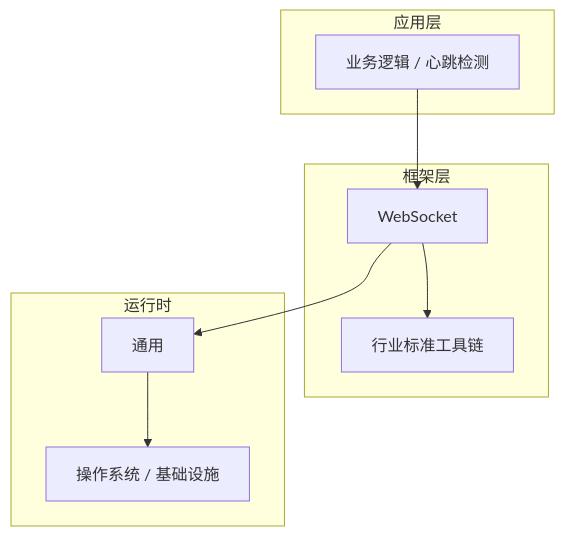
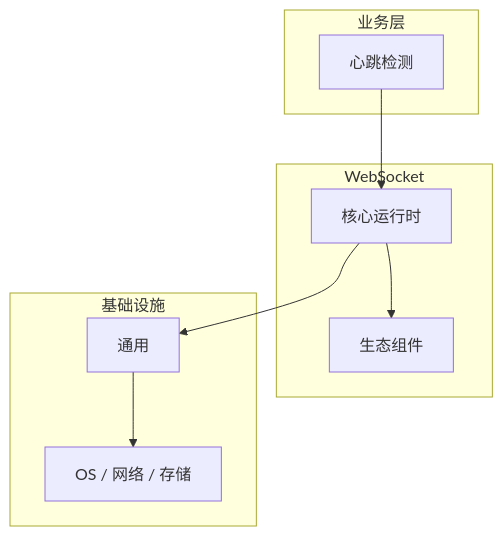
The diagram in articles/WebSocket/chapters/026-心跳检测核心概念与原理.md (yanggan2015/knowledge-json-v2), drawn with Mermaid before and after one commit. The commit also changed other lines of this file and 10127 other files, not shown here.

````diff
--- a/articles/WebSocket/chapters/026-心跳检测核心概念与原理.md
+++ b/articles/WebSocket/chapters/026-心跳检测核心概念与原理.md
@@ -45,18 +34,18 @@
 ```mermaid
 graph TB
-    subgraph 应用层
-        A[业务逻辑 / 心跳检测]
+    subgraph 业务层
+        A[心跳检测]
     end
-    subgraph 框架层
-        B[WebSocket]
-        C[行业标准工具链]
+    subgraph WebSocket
+        B[核心运行时]
+        C[生态组件]
     end
-    subgraph 运行时
+    subgraph 基础设施
         D[通用]
-        E[操作系统 / 基础设施]
+        E[OS / 网络 / 存储]
     end
     A --> B
     B --> C
     B --> D
     D --> E
 ```
````
